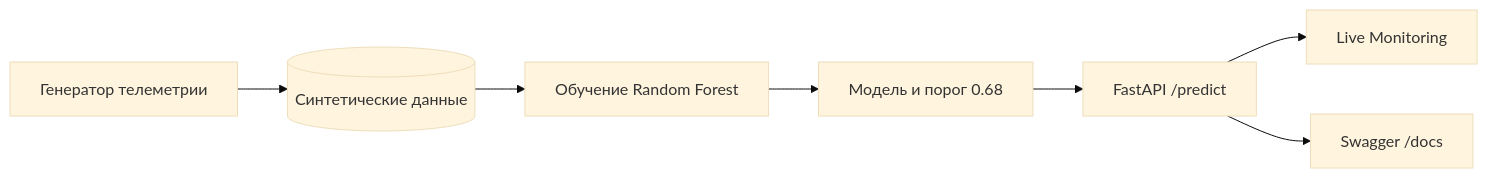
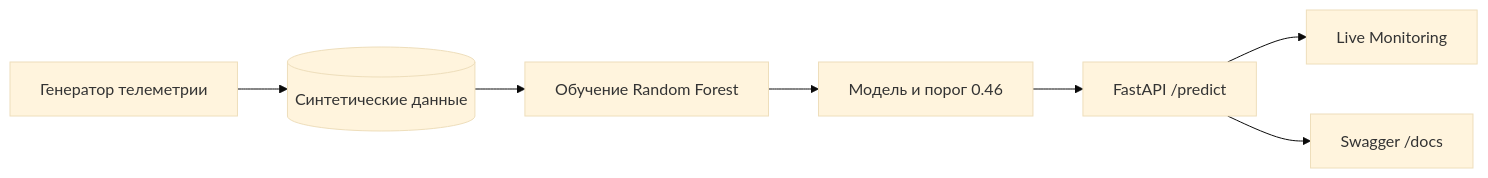
The diagram in README.md (Nikitaaa2619/el6_electrode_ml_project), drawn with Mermaid (base theme) before and after one commit. The commit also changed other lines of this file and 11 other files, not shown here.

````diff
--- a/README.md
+++ b/README.md
@@ -35,9 +37,9 @@
 ```mermaid
 flowchart LR
     A[Генератор телеметрии] --> B[(Синтетические данные)]
     B --> C[Обучение Random Forest]
-    C --> D[Модель и порог 0.68]
+    C --> D[Модель и порог 0.46]
     D --> E[FastAPI /predict]
     E --> F[Live Monitoring]
     E --> G[Swagger /docs]
 ```
````
